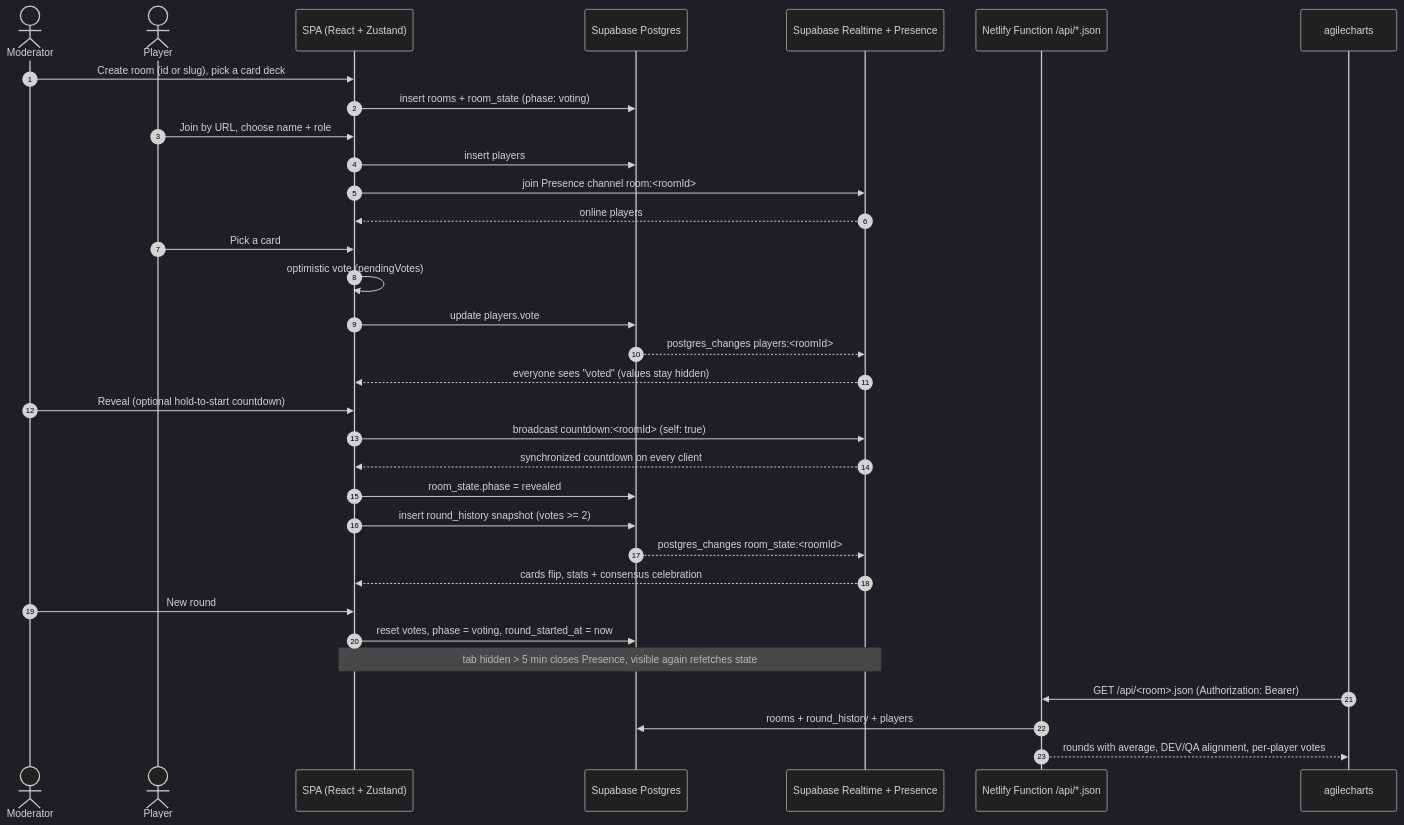
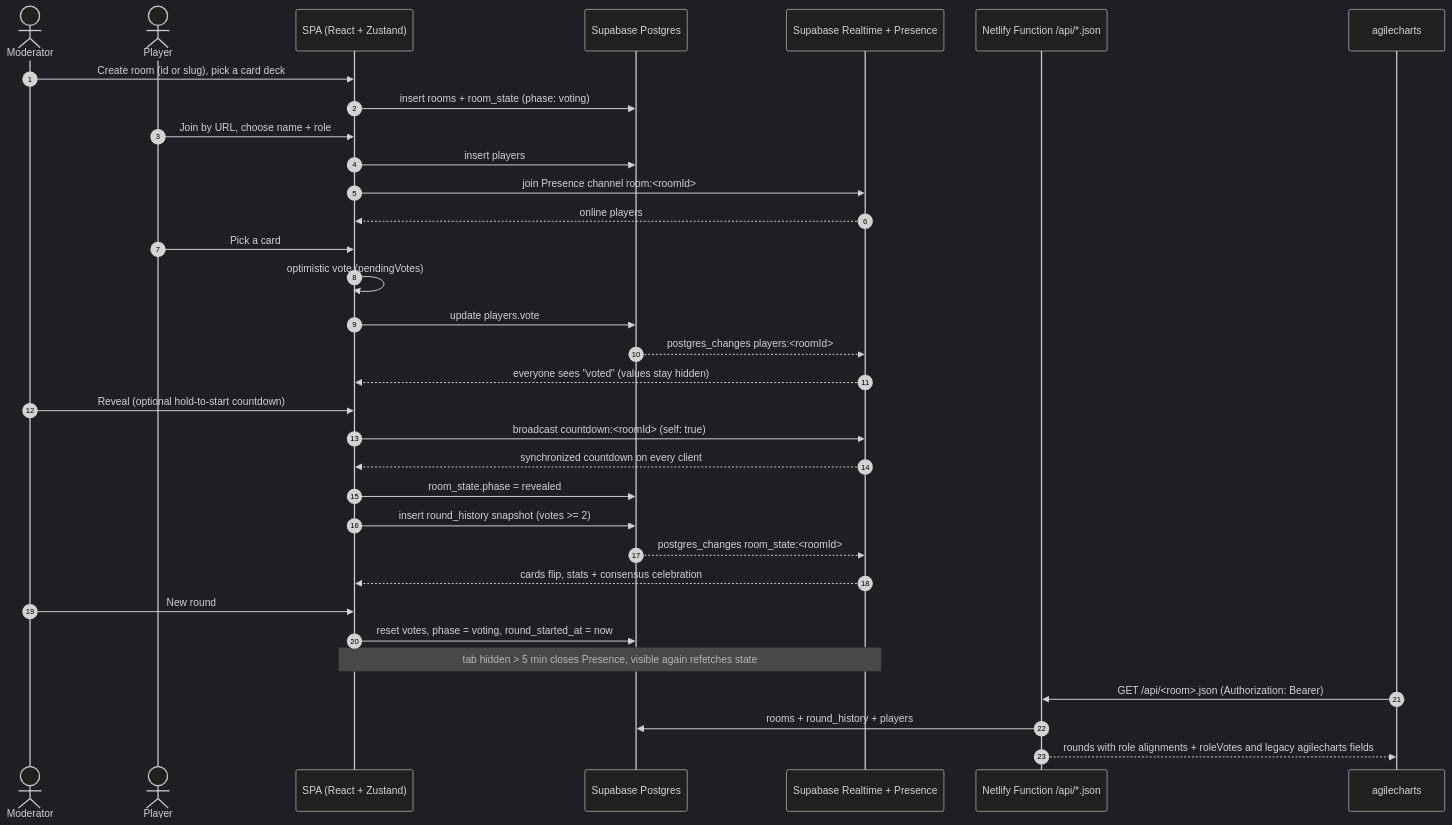
Before and after one commit to upstars-global/storypoker: the diagram in README.md, drawn with Mermaid (dark theme). The commit also changed 51 other files, not shown here.

````diff
--- a/README.md
+++ b/README.md
@@ -300,36 +300,36 @@
 ```mermaid
 sequenceDiagram
   autonumber
   actor Mod as Moderator
   actor Player as Player
   participant App as SPA (React + Zustand)
   participant DB as Supabase Postgres
   participant RT as Supabase Realtime + Presence
   participant API as Netlify Function /api/*.json
   participant AC as agilecharts
 
   Mod->>App: Create room (id or slug), pick a card deck
   App->>DB: insert rooms + room_state (phase: voting)
   Player->>App: Join by URL, choose name + role
   App->>DB: insert players
   App->>RT: join Presence channel room:<roomId>
   RT-->>App: online players
   Player->>App: Pick a card
   App->>App: optimistic vote (pendingVotes)
   App->>DB: update players.vote
   DB-->>RT: postgres_changes players:<roomId>
   RT-->>App: everyone sees "voted" (values stay hidden)
   Mod->>App: Reveal (optional hold-to-start countdown)
   App->>RT: broadcast countdown:<roomId> (self: true)
   RT-->>App: synchronized countdown on every client
   App->>DB: room_state.phase = revealed
   App->>DB: insert round_history snapshot (votes >= 2)
   DB-->>RT: postgres_changes room_state:<roomId>
   RT-->>App: cards flip, stats + consensus celebration
   Mod->>App: New round
   App->>DB: reset votes, phase = voting, round_started_at = now
   Note over App,RT: tab hidden > 5 min closes Presence, visible again refetches state
   AC->>API: GET /api/<room>.json (Authorization: Bearer)
   API->>DB: rooms + round_history + players
-  API-->>AC: rounds with average, DEV/QA alignment, per-player votes
+  API-->>AC: rounds with role alignments + roleVotes and legacy agilecharts fields
 ```
````
